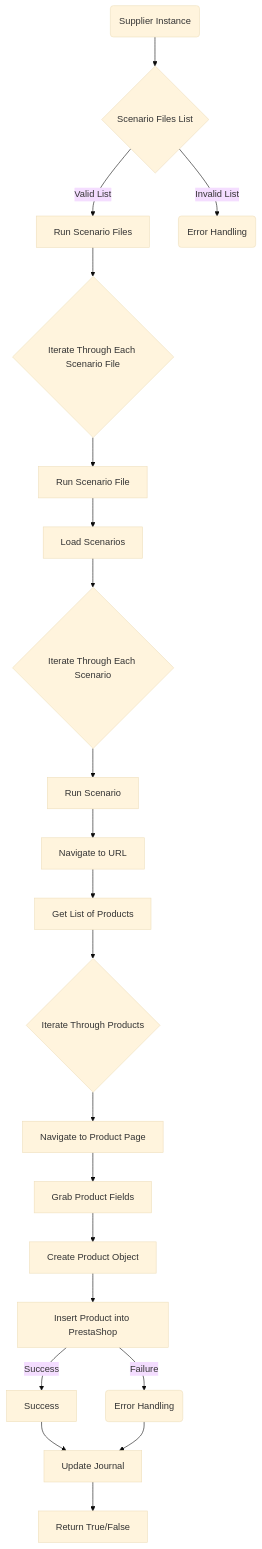
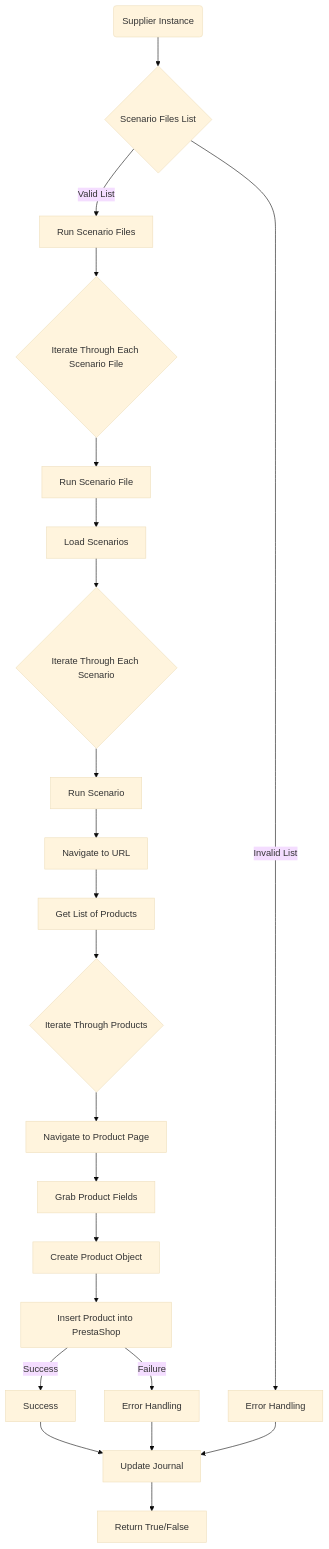
One commit to hypo69/hypo changed the diagram in docs/gemini/ru/explainer/src/scenario/scenario_executor.mmd.md. Above: the diagram before and after it, drawn with Mermaid (base theme). The commit also changed other lines of this file and 3338 other files, not shown here.

````diff
--- a/docs/gemini/ru/explainer/src/scenario/scenario_executor.mmd.md
+++ b/docs/gemini/ru/explainer/src/scenario/scenario_executor.mmd.md
@@ -63,23 +69,24 @@
 ```mermaid
 graph TD
-    supplierInstance(Supplier Instance) --> scenarioFilesList{Scenario Files List}
-    scenarioFilesList -- Valid List --> runScenarioFiles[Run Scenario Files]
-    scenarioFilesList -- Invalid List --> errorHandling(Error Handling)
-    runScenarioFiles --> iterateScenarioFiles{Iterate Through Each Scenario File}
-    iterateScenarioFiles --> runScenarioFile[Run Scenario File]
-    runScenarioFile --> loadScenarios[Load Scenarios]
-    loadScenarios --> iterateScenarios{Iterate Through Each Scenario}
-    iterateScenarios --> runScenario[Run Scenario]
-    runScenario --> navigateToUrl[Navigate to URL]
-    navigateToUrl --> getProductsList[Get List of Products]
-    getProductsList --> iterateProducts{Iterate Through Products}
-    iterateProducts --> navigateToProductPage[Navigate to Product Page]
-    navigateToProductPage --> grabProductFields[Grab Product Fields]
-    grabProductFields --> createProductObject[Create Product Object]
-    createProductObject --> insertProductPrestaShop[Insert Product into PrestaShop]
-    insertProductPrestaShop -- Success --> successResult[Success]
-    insertProductPrestaShop -- Failure --> errorHandlingInsert(Error Handling)
-    successResult --> updateJournal[Update Journal]
-    errorHandlingInsert --> updateJournal
-    updateJournal --> returnResult[Return True/False]
+    supplierInstance(Supplier Instance) --> scenarioFilesList{Scenario Files List};
+    scenarioFilesList -- Valid List --> runScenarioFiles[Run Scenario Files];
+    scenarioFilesList -- Invalid List --> errorHandling1[Error Handling];
+    runScenarioFiles --> iterateScenarioFiles{Iterate Through Each Scenario File};
+    iterateScenarioFiles --> runScenarioFile[Run Scenario File];
+    runScenarioFile --> loadScenarios[Load Scenarios];
+    loadScenarios --> iterateScenarios{Iterate Through Each Scenario};
+    iterateScenarios --> runScenario[Run Scenario];
+    runScenario --> navigateToURL[Navigate to URL];
+    navigateToURL --> getListOfProducts[Get List of Products];
+    getListOfProducts --> iterateProducts{Iterate Through Products};
+    iterateProducts --> navigateToProductPage[Navigate to Product Page];
+    navigateToProductPage --> grabProductFields[Grab Product Fields];
+    grabProductFields --> createProductObject[Create Product Object];
+    createProductObject --> insertProductIntoPrestaShop[Insert Product into PrestaShop];
+    insertProductIntoPrestaShop -- Success --> success[Success];
+    insertProductIntoPrestaShop -- Failure --> errorHandling2[Error Handling];
+    success --> updateJournal[Update Journal];
+    errorHandling2 --> updateJournal;
+    updateJournal --> returnResult[Return True/False];
+    errorHandling1 --> updateJournal
 ```
````
